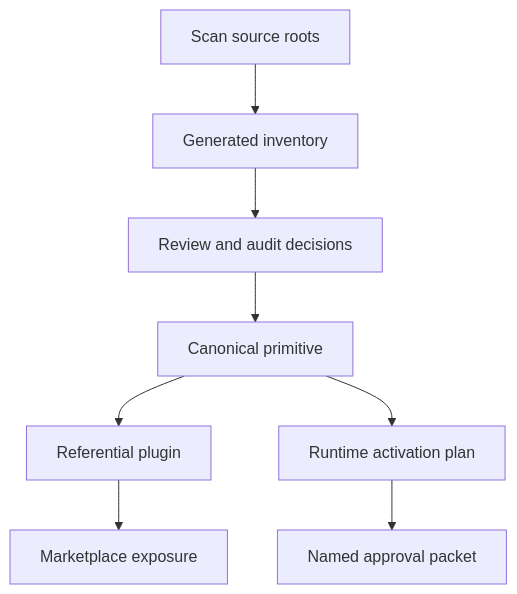
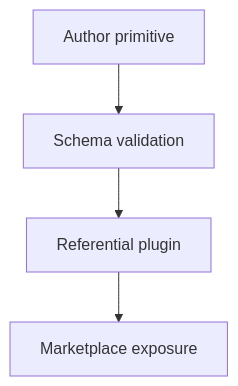
The diagram in docs/how-it-works/source-graph.md (amichne/intelligence), drawn with Mermaid before and after one commit. The commit also changed other lines of this file and 247 other files, not shown here.

````diff
--- a/docs/how-it-works/source-graph.md
+++ b/docs/how-it-works/source-graph.md
@@ -38,14 +26,9 @@
 ```mermaid
 flowchart TD
-  scan[Scan source roots]
-  inventory[Generated inventory]
-  review[Review and audit decisions]
-  promote[Canonical primitive]
+  author[Author primitive]
+  validate[Schema validation]
   compose[Referential plugin]
   publish[Marketplace exposure]
-  activate[Runtime activation plan]
-  approve[Named approval packet]
 
-  scan --> inventory --> review --> promote --> compose --> publish
-  promote --> activate --> approve
+  author --> validate --> compose --> publish
 ```
````
